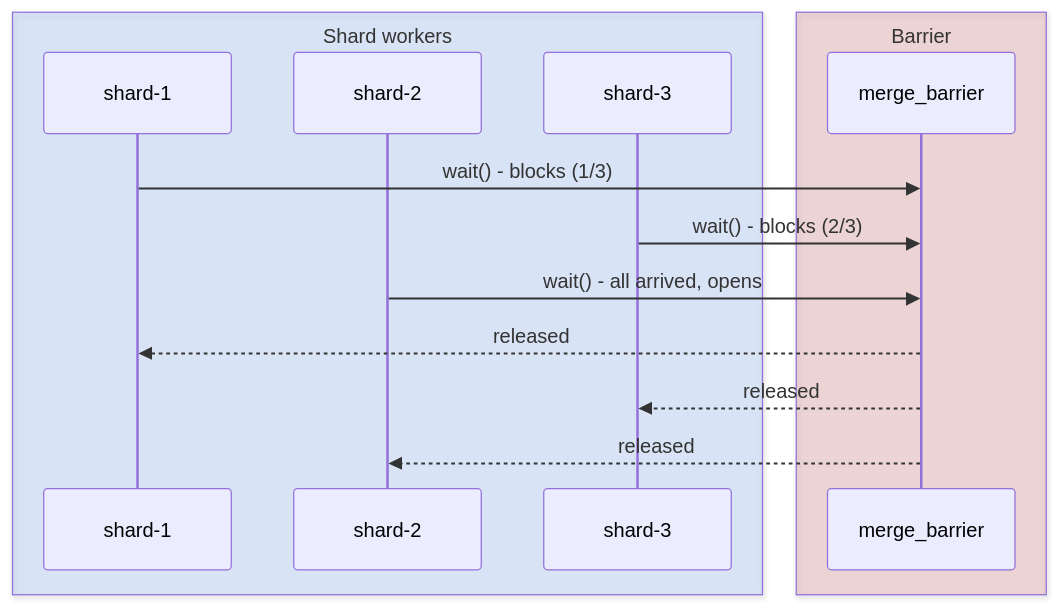
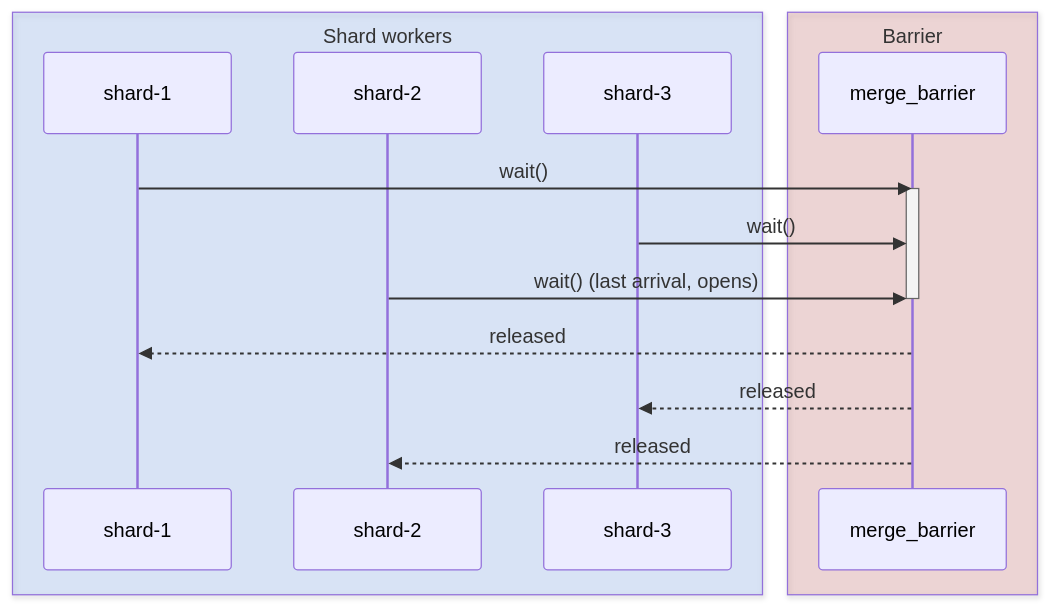
Before and after one commit to gaborbernat/bernat-tech: the second of 16 diagrams in content/posts/blanket-deterministic-threading/index.md, drawn with Mermaid. The commit also changed other lines of this file, not shown here.

Commit message:
Add activate/deactivate to all sequence diagrams

````diff
--- a/content/posts/blanket-deterministic-threading/index.md
+++ b/content/posts/blanket-deterministic-threading/index.md
@@ -170,18 +170,20 @@
 ```mermaid
 sequenceDiagram
     box rgba(59,130,246,0.15) Shard workers
         participant S1 as shard-1
         participant S2 as shard-2
         participant S3 as shard-3
     end
     box rgba(185,28,28,0.15) Barrier
         participant Bar as merge_barrier
     end
 
-    S1->>Bar: wait() - blocks (1/3)
-    S3->>Bar: wait() - blocks (2/3)
-    S2->>Bar: wait() - all arrived, opens
+    S1->>Bar: wait()
+    activate Bar
+    S3->>Bar: wait()
+    S2->>Bar: wait() (last arrival, opens)
+    deactivate Bar
     Bar-->>S1: released
     Bar-->>S3: released
     Bar-->>S2: released
 ```
````
